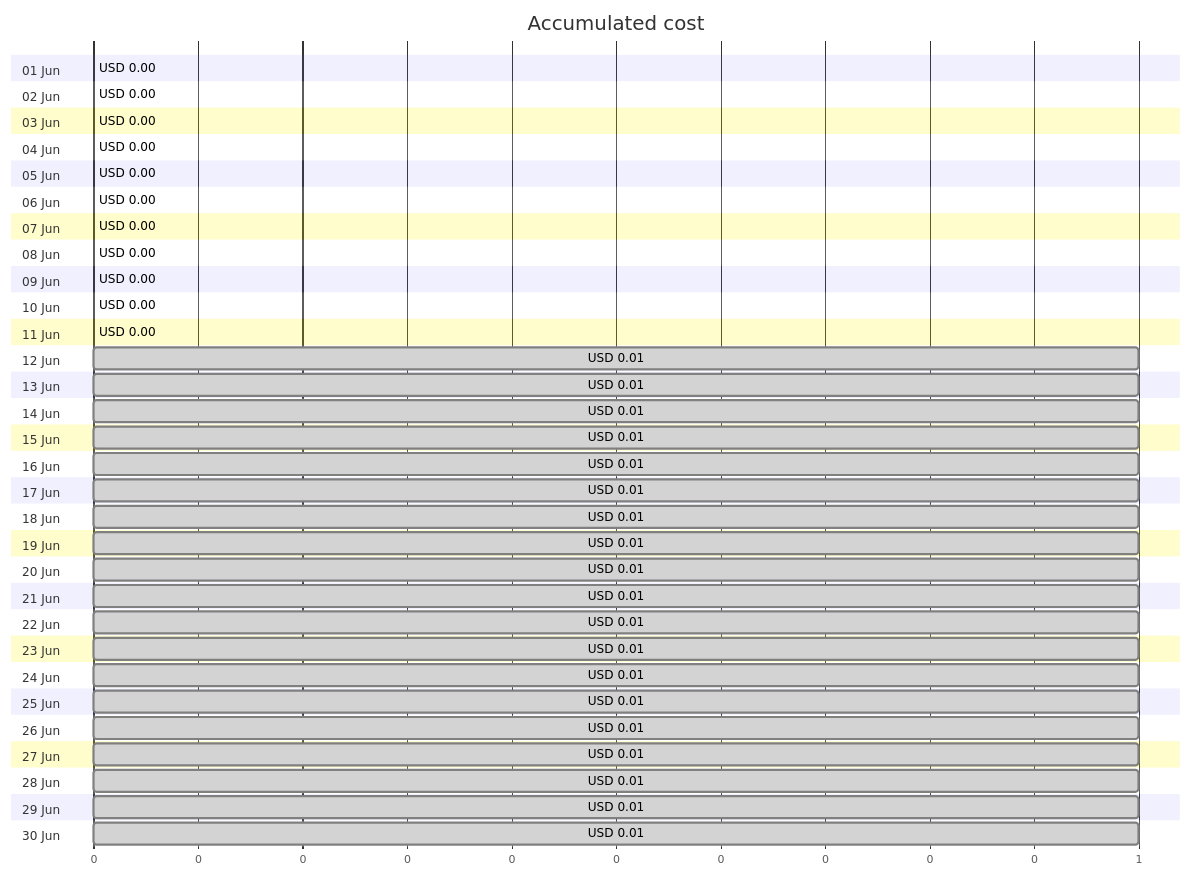
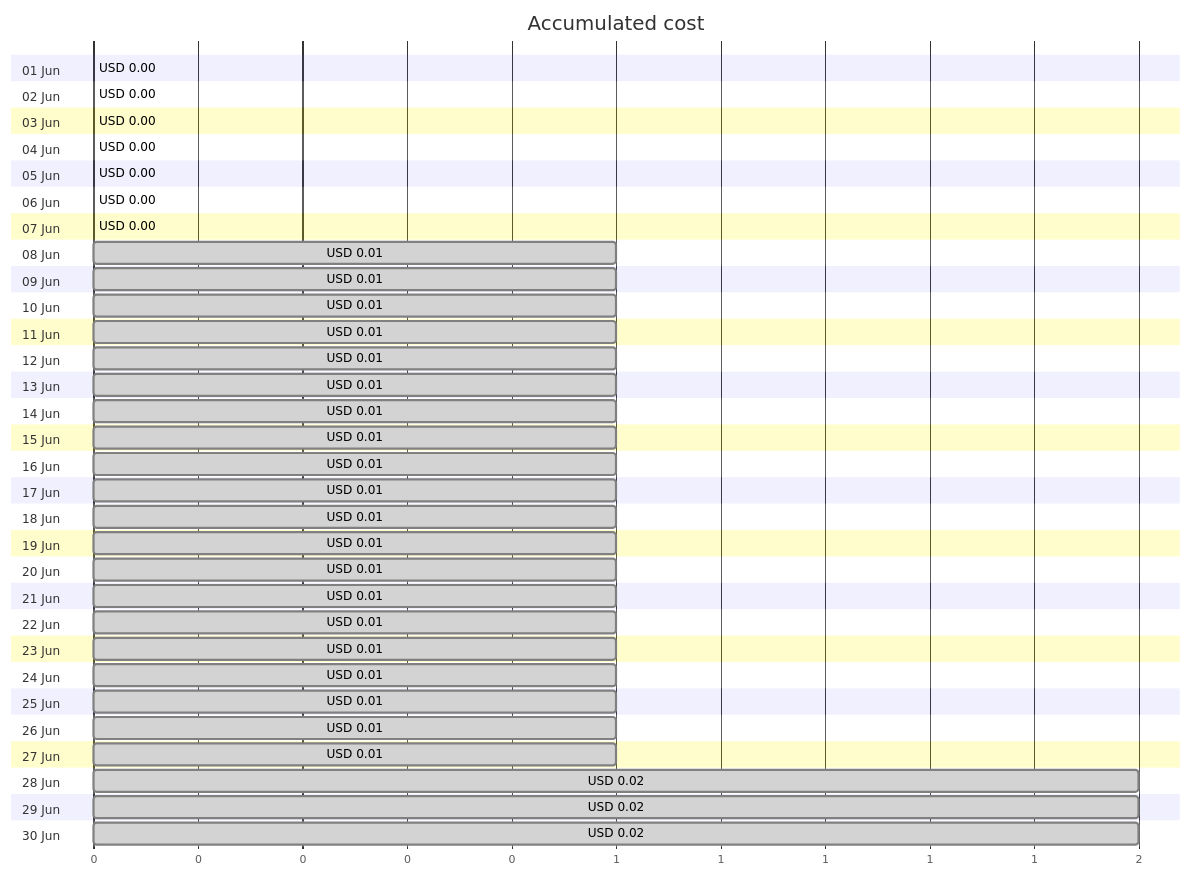
Before and after one commit to jpfulton/azure-personal-reports: the first of 4 diagrams in cost-reports/personal-site/personalsiteapipreview.md, drawn with Mermaid. The commit also changed other lines of this file and 6 other files, not shown here.

````diff
--- a/cost-reports/personal-site/personalsiteapipreview.md
+++ b/cost-reports/personal-site/personalsiteapipreview.md
@@ -20,66 +20,66 @@
 ```mermaid
 gantt
    title Accumulated cost
    dateFormat  X
    axisFormat %s
    section 01 Jun
    USD 0.00 :0, 0
    section 02 Jun
-   USD 0.00 : done, 0, 0
+   USD 0.00 :0, 0
    section 03 Jun
    USD 0.00 : done, 0, 0
    section 04 Jun
    USD 0.00 : done, 0, 0
    section 05 Jun
    USD 0.00 : done, 0, 0
    section 06 Jun
    USD 0.00 : done, 0, 0
    section 07 Jun
    USD 0.00 : done, 0, 0
    section 08 Jun
-   USD 0.00 : done, 0, 0
+   USD 0.01 : done, 0, 1
    section 09 Jun
-   USD 0.00 : done, 0, 0
+   USD 0.01 : done, 0, 1
    section 10 Jun
-   USD 0.00 : done, 0, 0
+   USD 0.01 : done, 0, 1
    section 11 Jun
-   USD 0.00 : done, 0, 0
+   USD 0.01 : done, 0, 1
    section 12 Jun
    USD 0.01 : done, 0, 1
    section 13 Jun
    USD 0.01 : done, 0, 1
    section 14 Jun
    USD 0.01 : done, 0, 1
    section 15 Jun
    USD 0.01 : done, 0, 1
    section 16 Jun
    USD 0.01 : done, 0, 1
    section 17 Jun
    USD 0.01 : done, 0, 1
    section 18 Jun
    USD 0.01 : done, 0, 1
    section 19 Jun
    USD 0.01 : done, 0, 1
    section 20 Jun
    USD 0.01 : done, 0, 1
    section 21 Jun
    USD 0.01 : done, 0, 1
    section 22 Jun
    USD 0.01 : done, 0, 1
    section 23 Jun
    USD 0.01 : done, 0, 1
    section 24 Jun
    USD 0.01 : done, 0, 1
    section 25 Jun
    USD 0.01 : done, 0, 1
    section 26 Jun
    USD 0.01 : done, 0, 1
    section 27 Jun
    USD 0.01 : done, 0, 1
    section 28 Jun
-   USD 0.01 : done, 0, 1
+   USD 0.02 : done, 0, 2
    section 29 Jun
-   USD 0.01 : done, 0, 1
+   USD 0.02 : done, 0, 2
    section 30 Jun
-   USD 0.01 : done, 0, 1
+   USD 0.02 : done, 0, 2
 ```
````
